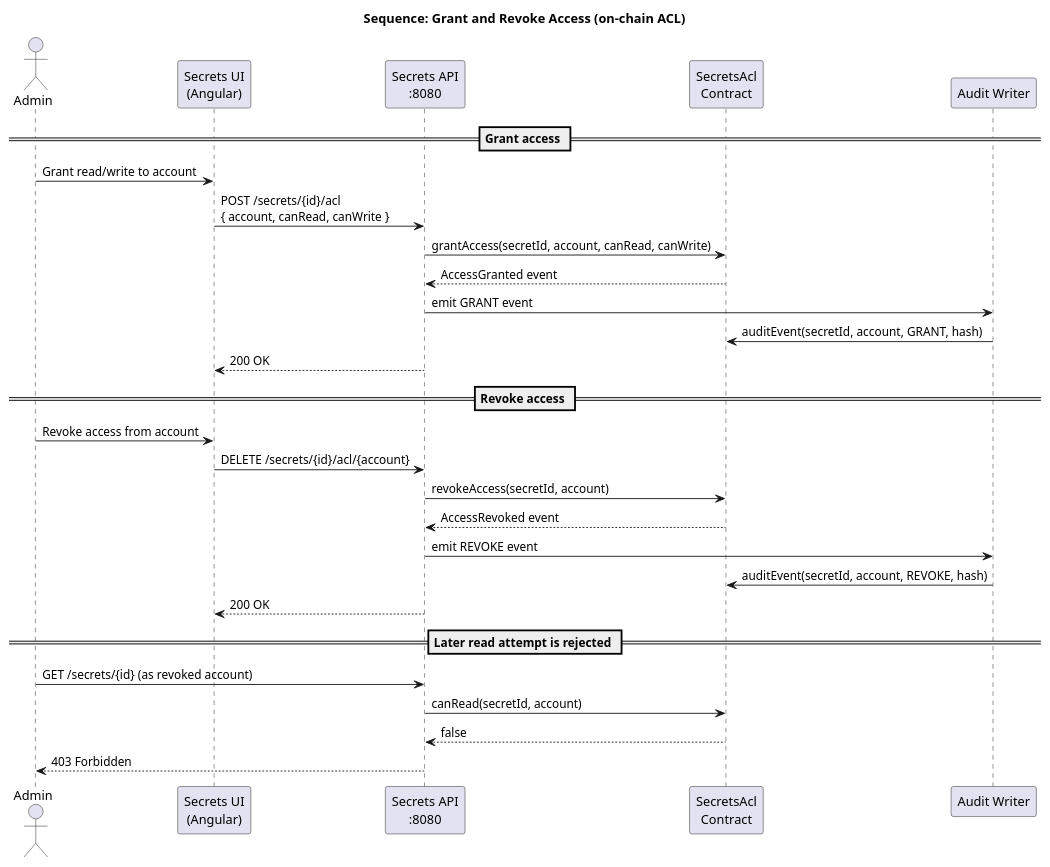
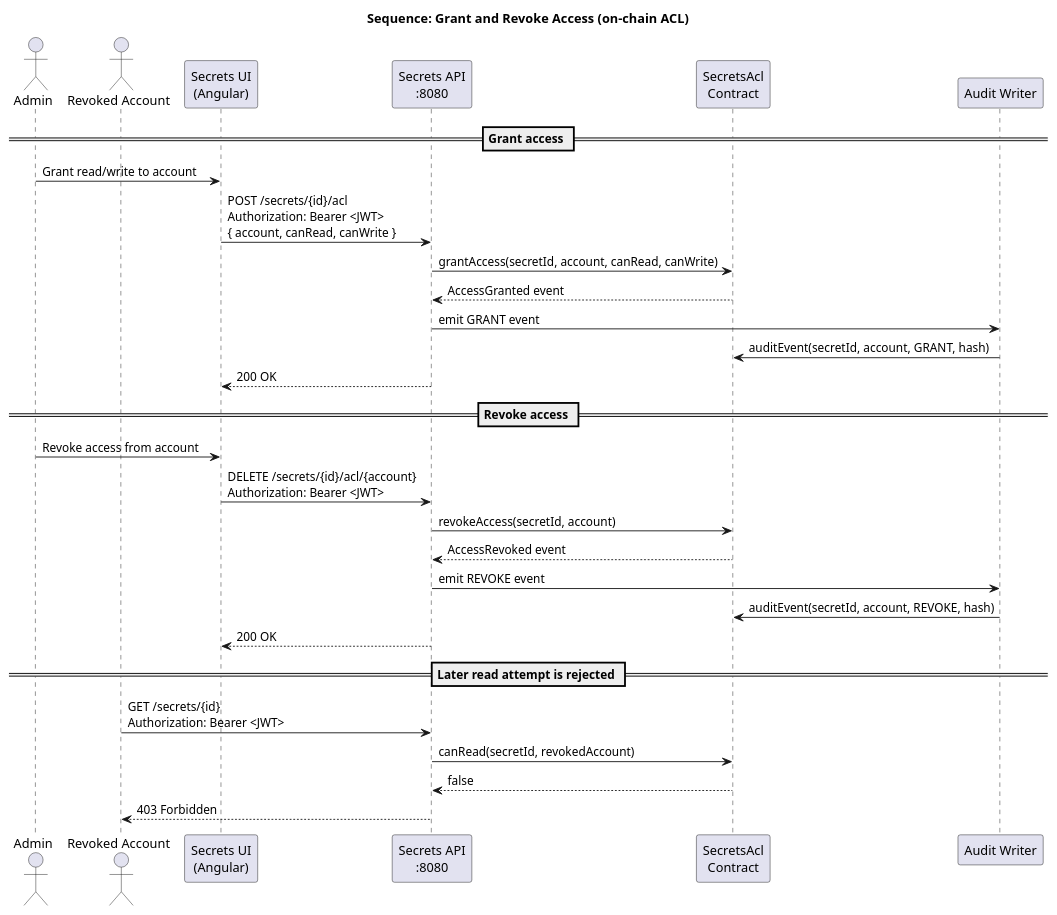
Before and after one commit to igorsatsyuk/blockchain-secrets-vault: the diagram in docs/diagrams/sequence-grant-revoke.puml, drawn with PlantUML. The commit also changed 1 other file, not shown here.

Commit message:
docs: address review on grant/revoke sequence diagram
- Add Authorization: Bearer <JWT> to grant and revoke API calls
- Model the rejected read with a dedicated Revoked Account actor
  instead of reusing Admin

```diff
--- a/docs/diagrams/sequence-grant-revoke.puml
+++ b/docs/diagrams/sequence-grant-revoke.puml
@@ -1,34 +1,35 @@
 @startuml
 title Sequence: Grant and Revoke Access (on-chain ACL)
 
 actor Admin
+actor "Revoked Account" as Revoked
 participant "Secrets UI\n(Angular)" as UI
 participant "Secrets API\n:8080" as API
 participant "SecretsAcl\nContract" as Contract
 participant "Audit Writer" as Audit
 
 == Grant access ==
 Admin -> UI: Grant read/write to account
-UI -> API: POST /secrets/{id}/acl\n{ account, canRead, canWrite }
+UI -> API: POST /secrets/{id}/acl\nAuthorization: Bearer <JWT>\n{ account, canRead, canWrite }
 API -> Contract: grantAccess(secretId, account, canRead, canWrite)
 Contract --> API: AccessGranted event
 API -> Audit: emit GRANT event
 Audit -> Contract: auditEvent(secretId, account, GRANT, hash)
 API --> UI: 200 OK
 
 == Revoke access ==
 Admin -> UI: Revoke access from account
-UI -> API: DELETE /secrets/{id}/acl/{account}
+UI -> API: DELETE /secrets/{id}/acl/{account}\nAuthorization: Bearer <JWT>
 API -> Contract: revokeAccess(secretId, account)
 Contract --> API: AccessRevoked event
 API -> Audit: emit REVOKE event
 Audit -> Contract: auditEvent(secretId, account, REVOKE, hash)
 API --> UI: 200 OK
 
 == Later read attempt is rejected ==
-Admin -> API: GET /secrets/{id} (as revoked account)
-API -> Contract: canRead(secretId, account)
+Revoked -> API: GET /secrets/{id}\nAuthorization: Bearer <JWT>
+API -> Contract: canRead(secretId, revokedAccount)
 Contract --> API: false
-API --> Admin: 403 Forbidden
+API --> Revoked: 403 Forbidden
 
 @enduml
```
